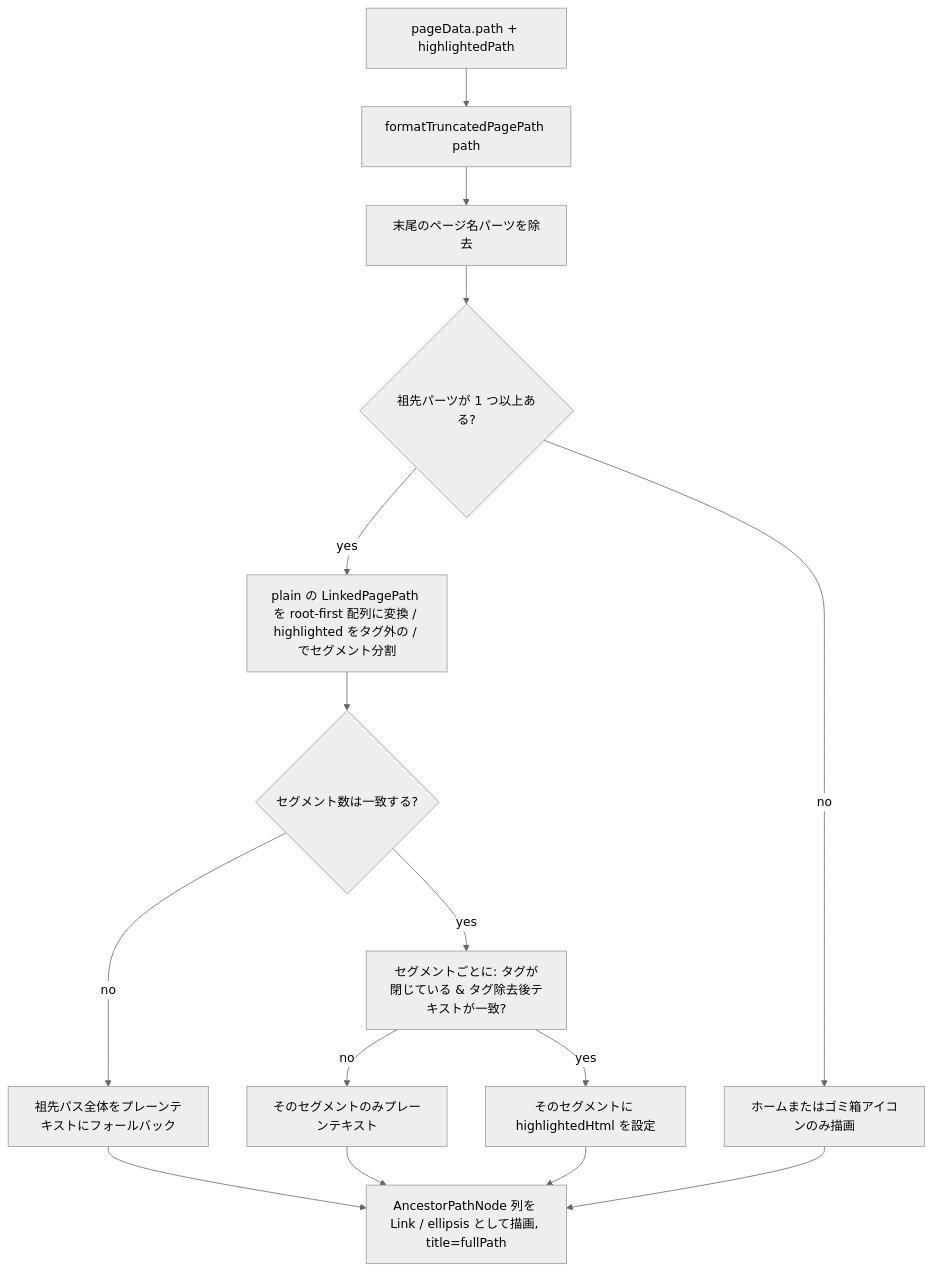
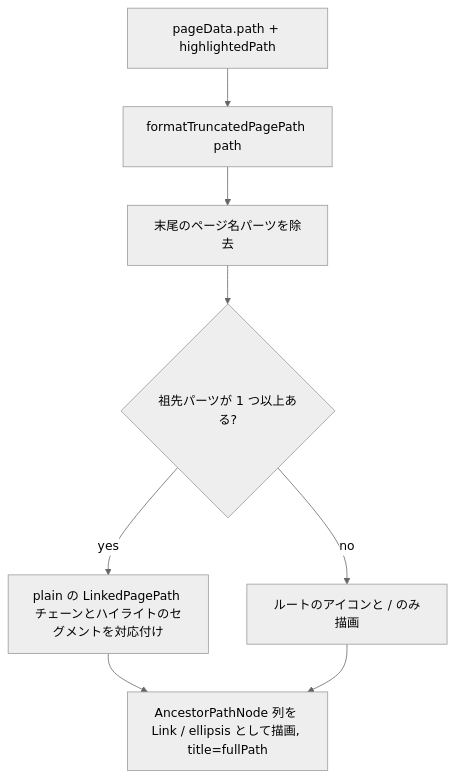
The second of 2 diagrams in .kiro/specs/page-path-truncation/design.md (growilabs/growi), drawn with Mermaid (neutral theme) before and after one commit. The commit also changed other lines of this file and 2 other files, not shown here.

First line of the commit message:
docs(page-path-truncation): keep review-fix notes at decision level

````diff
--- a/.kiro/specs/page-path-truncation/design.md
+++ b/.kiro/specs/page-path-truncation/design.md
@@ -143,17 +142,10 @@
 ```mermaid
 flowchart TD
     Start[pageData.path + highlightedPath] --> Format[formatTruncatedPagePath path]
     Format --> DropName[末尾のページ名パーツを除去]
     DropName --> HasAncestors{祖先パーツが 1 つ以上ある?}
-    HasAncestors -->|no| HomeOnly[ホームまたはゴミ箱アイコンのみ描画]
-    HasAncestors -->|yes| BuildChains[plain の LinkedPagePath を root-first 配列に変換 / highlighted をタグ外の / でセグメント分割]
-    BuildChains --> LengthCheck{セグメント数は一致する?}
-    LengthCheck -->|no| PlainFallback[祖先パス全体をプレーンテキストにフォールバック]
-    LengthCheck -->|yes| SegmentCheck[セグメントごとに: タグが閉じている & タグ除去後テキストが一致?]
-    SegmentCheck -->|no| SegmentPlain[そのセグメントのみプレーンテキスト]
-    SegmentCheck -->|yes| SegmentHighlight[そのセグメントに highlightedHtml を設定]
-    PlainFallback --> Render
-    SegmentPlain --> Render
-    SegmentHighlight --> Render[AncestorPathNode 列を Link / ellipsis として描画, title=fullPath]
+    HasAncestors -->|no| HomeOnly[ルートのアイコンと / のみ描画]
+    HasAncestors -->|yes| BuildChains[plain の LinkedPagePath チェーンとハイライトのセグメントを対応付け]
+    BuildChains --> Render[AncestorPathNode 列を Link / ellipsis として描画, title=fullPath]
     HomeOnly --> Render
 ```
````
